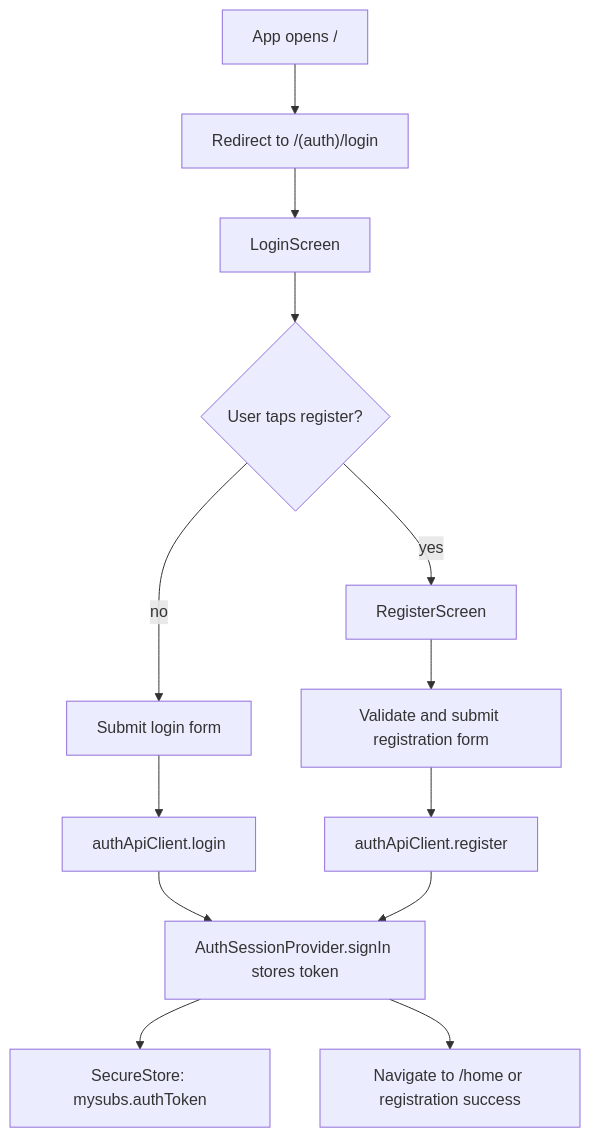
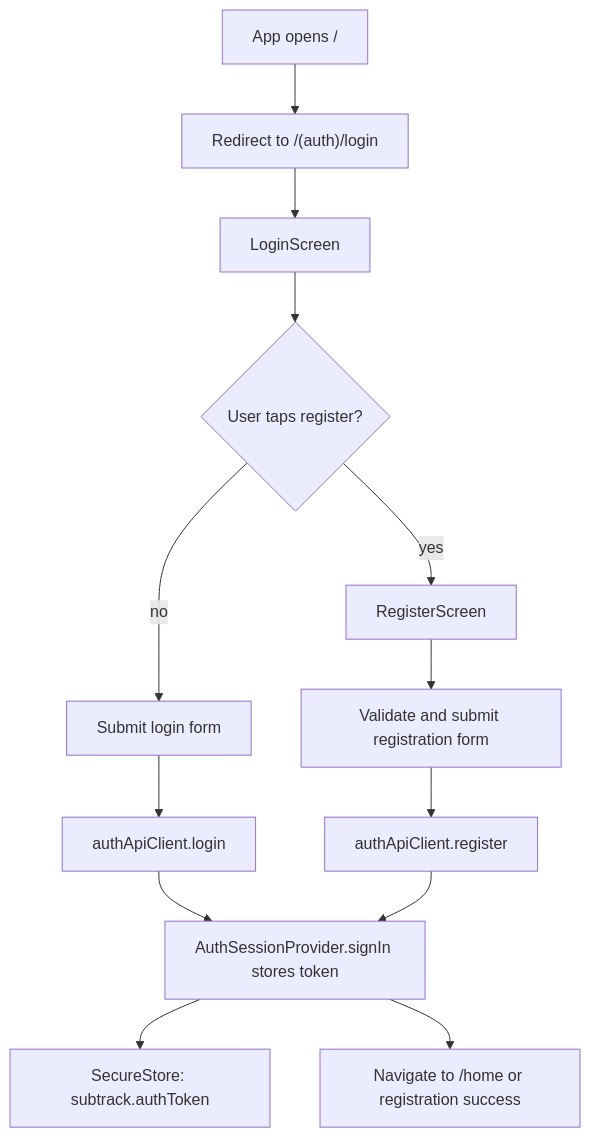
The second of 6 diagrams in docs/auth-flow.md (Davids89/mysubs), drawn with Mermaid before and after one commit. The commit also changed other lines of this file and 44 other files, not shown here.

````diff
--- a/docs/auth-flow.md
+++ b/docs/auth-flow.md
@@ -64,15 +64,15 @@
 ```mermaid
 flowchart TD
   Start["App opens /"] --> LoginRoute["Redirect to /(auth)/login"]
   LoginRoute --> LoginScreen["LoginScreen"]
   LoginScreen --> RegisterLink{"User taps register?"}
   RegisterLink -- yes --> RegisterScreen["RegisterScreen"]
   RegisterLink -- no --> SubmitLogin["Submit login form"]
   RegisterScreen --> SubmitRegister["Validate and submit registration form"]
   SubmitLogin --> AuthApi["authApiClient.login"]
   SubmitRegister --> AuthApiRegister["authApiClient.register"]
   AuthApi --> StoreToken["AuthSessionProvider.signIn stores token"]
   AuthApiRegister --> StoreToken
-  StoreToken --> SecureStore["SecureStore: mysubs.authToken"]
+  StoreToken --> SecureStore["SecureStore: subtrack.authToken"]
   StoreToken --> Home["Navigate to /home or registration success"]
 ```
````
